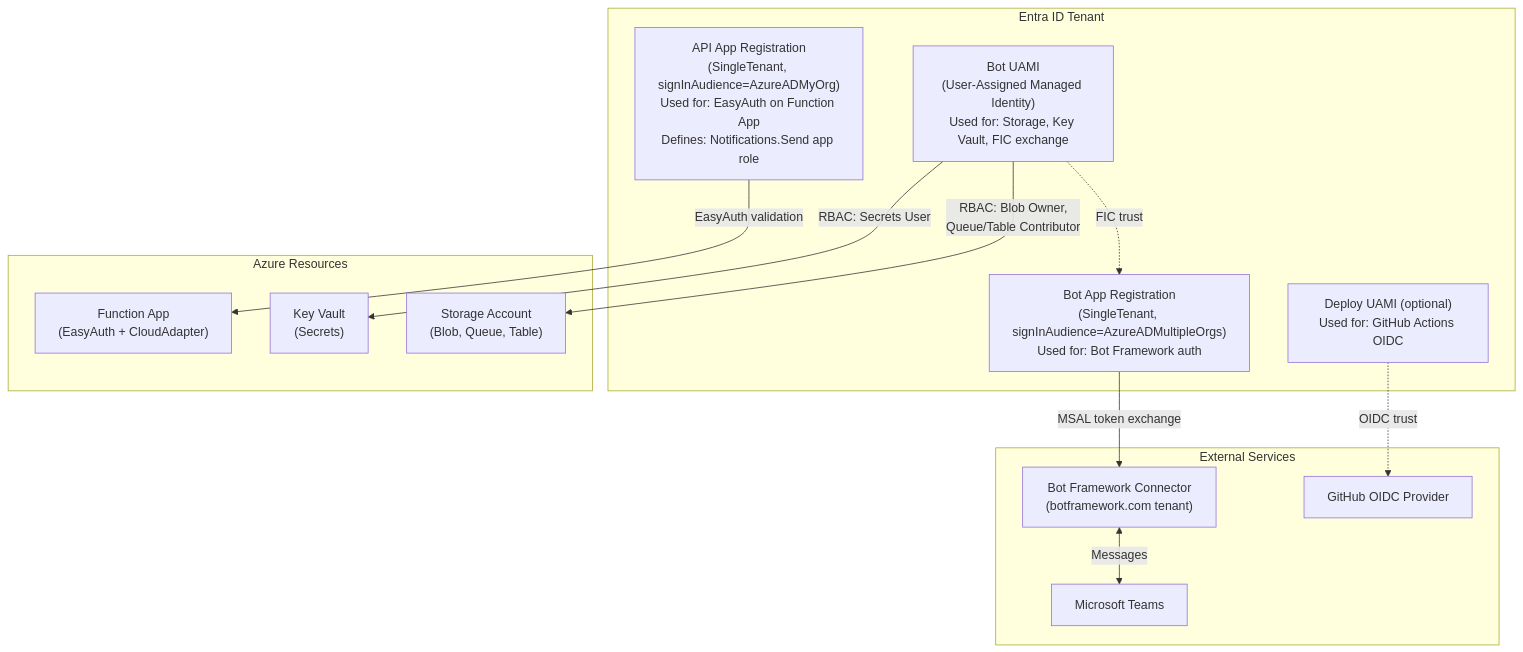
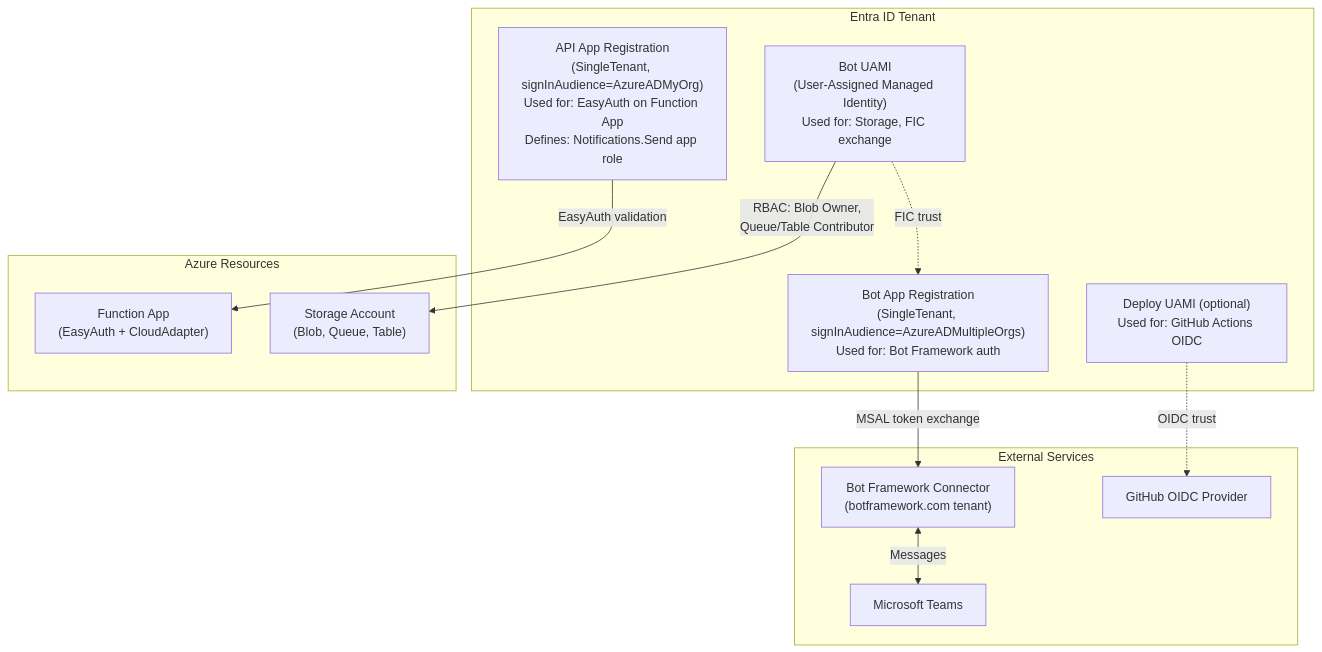
One commit to dsb-norge/teams-notifier-function-app changed the first of 3 diagrams in docs/authentication.md. Above: the diagram before and after it, drawn with Mermaid. The commit also changed other lines of this file and 8 other files, not shown here.

First line of the commit message:
fix: remove all Key Vault references from docs and scripts

````diff
--- a/docs/authentication.md
+++ b/docs/authentication.md
@@ -44,29 +44,27 @@
 ```mermaid
 flowchart TD
     subgraph entra["Entra ID Tenant"]
         botapp["Bot App Registration\n(SingleTenant, signInAudience=AzureADMultipleOrgs)\nUsed for: Bot Framework auth"]
         apiapp["API App Registration\n(SingleTenant, signInAudience=AzureADMyOrg)\nUsed for: EasyAuth on Function App\nDefines: Notifications.Send app role"]
-        botuami["Bot UAMI\n(User-Assigned Managed Identity)\nUsed for: Storage, Key Vault, FIC exchange"]
+        botuami["Bot UAMI\n(User-Assigned Managed Identity)\nUsed for: Storage, FIC exchange"]
         deployuami["Deploy UAMI (optional)\nUsed for: GitHub Actions OIDC"]
     end
 
     subgraph azure["Azure Resources"]
         storage["Storage Account\n(Blob, Queue, Table)"]
-        kv["Key Vault\n(Secrets)"]
         funcapp["Function App\n(EasyAuth + CloudAdapter)"]
     end
 
     subgraph external["External Services"]
         botframework["Bot Framework Connector\n(botframework.com tenant)"]
         github["GitHub OIDC Provider"]
         teams["Microsoft Teams"]
     end
 
     botuami -."FIC trust".-> botapp
     deployuami -."OIDC trust".-> github
     botuami -- "RBAC: Blob Owner,\nQueue/Table Contributor" --> storage
-    botuami -- "RBAC: Secrets User" --> kv
     botapp -- "MSAL token exchange" --> botframework
     apiapp -- "EasyAuth validation" --> funcapp
     botframework <-->|Messages| teams
 ```
````
